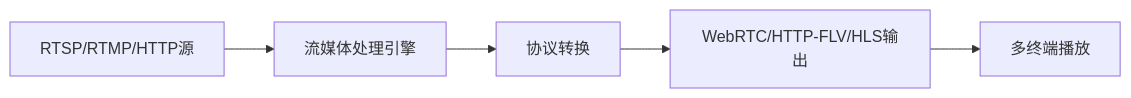
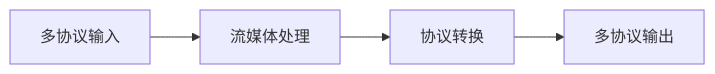
Before and after one commit to wayyoungboy/github-trending-reporter: the seventh of 7 diagrams in reports/2026/01/2026-01-20.md, drawn with Mermaid. The commit also changed other lines of this file and 1 other file, not shown here.

````diff
--- a/reports/2026/01/2026-01-20.md
+++ b/reports/2026/01/2026-01-20.md
@@ -355,7 +361,6 @@
 ```mermaid
 graph LR
-    A[RTSP/RTMP/HTTP源] --> B[流媒体处理引擎]
+    A[多协议输入] --> B[流媒体处理]
     B --> C[协议转换]
-    C --> D[WebRTC/HTTP-FLV/HLS输出]
-    D --> E[多终端播放]
+    C --> D[多协议输出]
 ```
````
